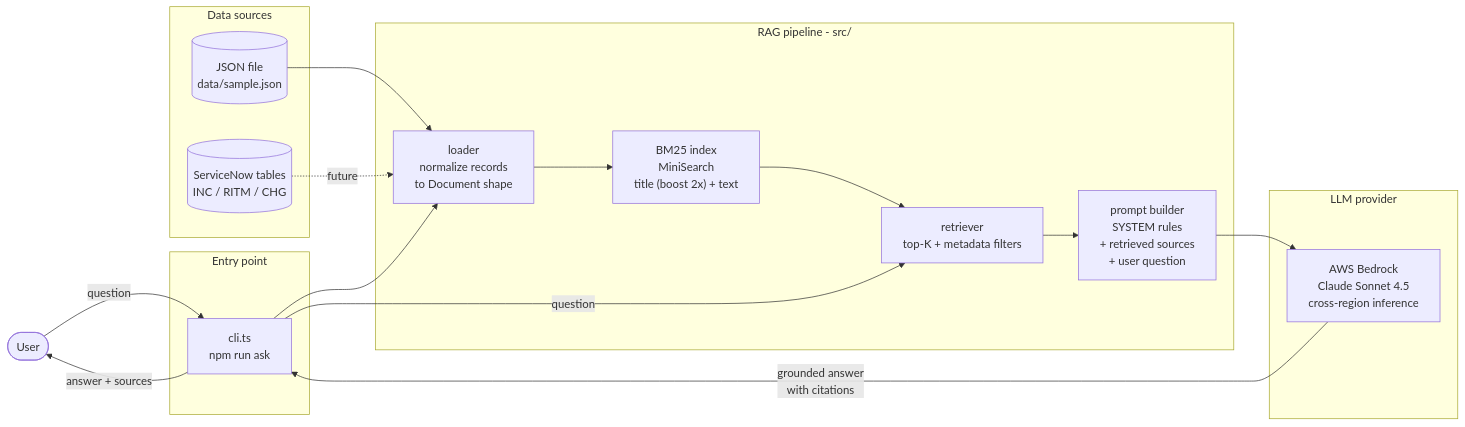
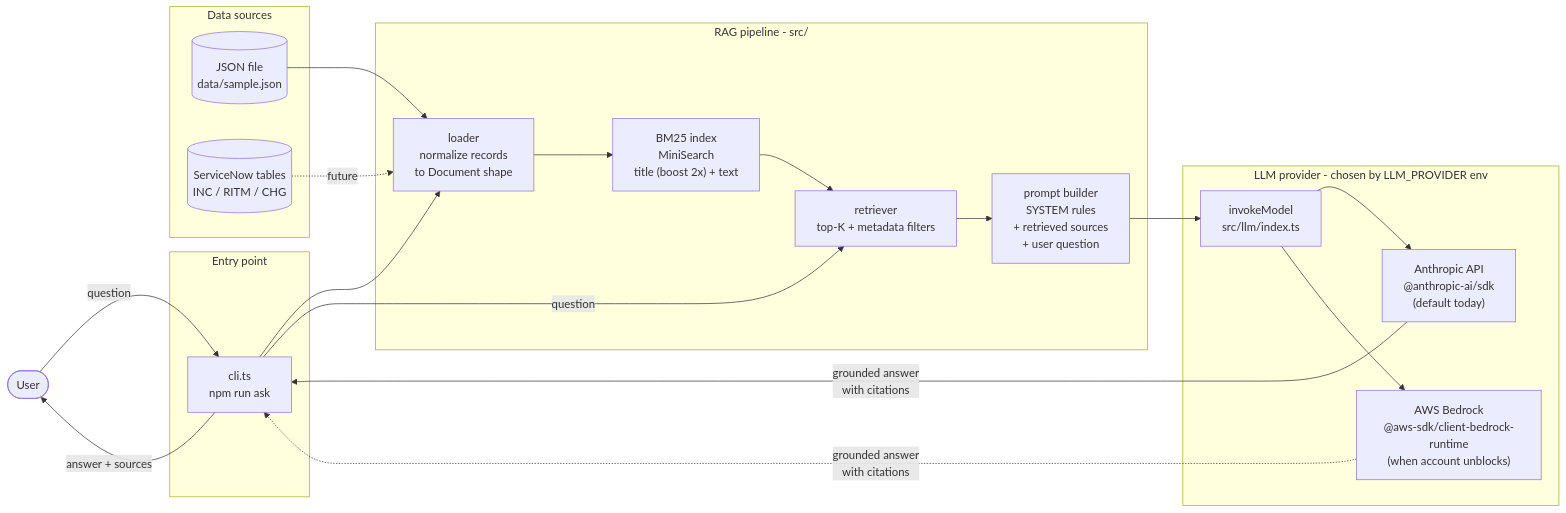
One commit to mdasiff/vectorless-rag-nodejs changed the first of 5 diagrams in docs/architecture.md. Above: the diagram before and after it, drawn with Mermaid. The commit also changed other lines of this file and 9 other files, not shown here.

First line of the commit message:
Add LLM provider abstraction (Anthropic API + Bedrock) gated by env flag

````diff
--- a/docs/architecture.md
+++ b/docs/architecture.md
@@ -21,36 +22,41 @@
 ```mermaid
 flowchart LR
     User([User])
 
     subgraph CLI [Entry point]
         cli["cli.ts<br/>npm run ask"]
     end
 
     subgraph Sources [Data sources]
         json[("JSON file<br/>data/sample.json")]
         sn[("ServiceNow tables<br/>INC / RITM / CHG")]
     end
 
     subgraph Pipeline [RAG pipeline - src/]
         loader["loader<br/>normalize records<br/>to Document shape"]
         index["BM25 index<br/>MiniSearch<br/>title (boost 2x) + text"]
         retriever["retriever<br/>top-K + metadata filters"]
         prompt["prompt builder<br/>SYSTEM rules<br/>+ retrieved sources<br/>+ user question"]
     end
 
-    subgraph LLM [LLM provider]
-        bedrock["AWS Bedrock<br/>Claude Sonnet 4.5<br/>cross-region inference"]
+    subgraph LLM [LLM provider - chosen by LLM_PROVIDER env]
+        factory["invokeModel<br/>src/llm/index.ts"]
+        anthropic["Anthropic API<br/>@anthropic-ai/sdk<br/>(default today)"]
+        bedrock["AWS Bedrock<br/>@aws-sdk/client-bedrock-runtime<br/>(when account unblocks)"]
+        factory --> anthropic
+        factory --> bedrock
     end
 
     User -->|question| cli
     cli --> loader
     json --> loader
     sn -. future .-> loader
     loader --> index
     index --> retriever
     cli -->|question| retriever
     retriever --> prompt
-    prompt --> bedrock
-    bedrock -->|grounded answer<br/>with citations| cli
+    prompt --> factory
+    anthropic -->|grounded answer<br/>with citations| cli
+    bedrock -.->|grounded answer<br/>with citations| cli
     cli -->|answer + sources| User
 ```
````
